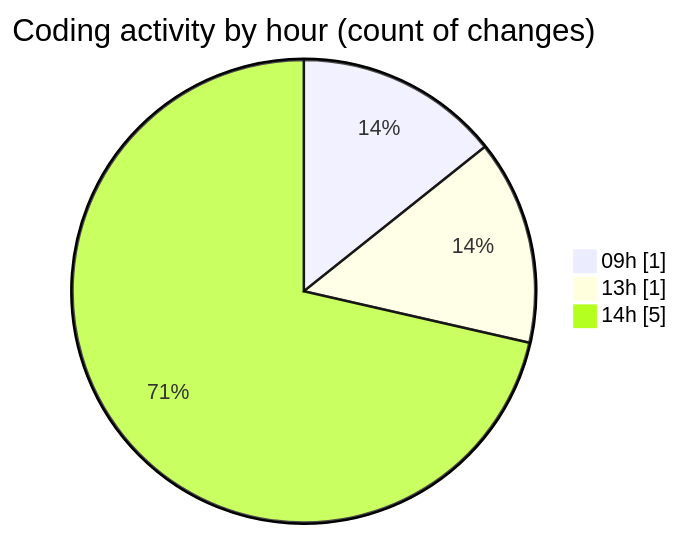
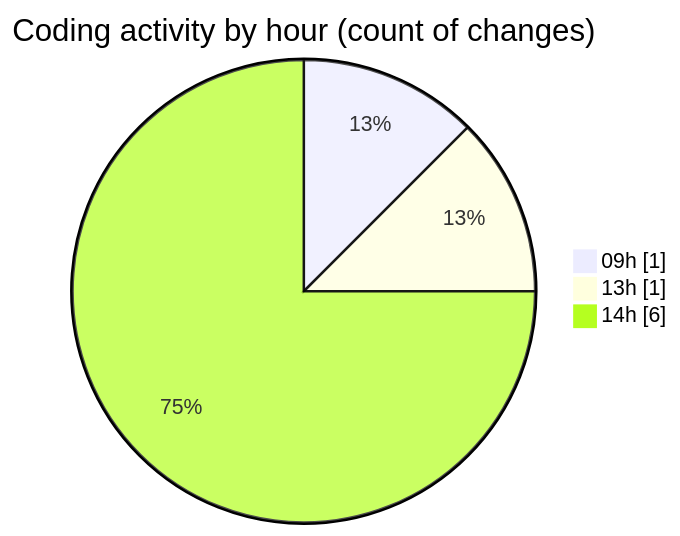
The second of 2 diagrams in 2026-11-25/informesdocpath/README.md (ricardozamudiocil/code-tracking), drawn with Mermaid before and after one commit. The commit also changed other lines of this file and 1 other file, not shown here.

````diff
--- a/2026-11-25/informesdocpath/README.md
+++ b/2026-11-25/informesdocpath/README.md
@@ -31,7 +31,7 @@
 ```mermaid
 pie showData
 title Coding activity by hour (count of changes)
 "09h" : 1
 "13h" : 1
-"14h" : 5
+"14h" : 6
 ```
````
